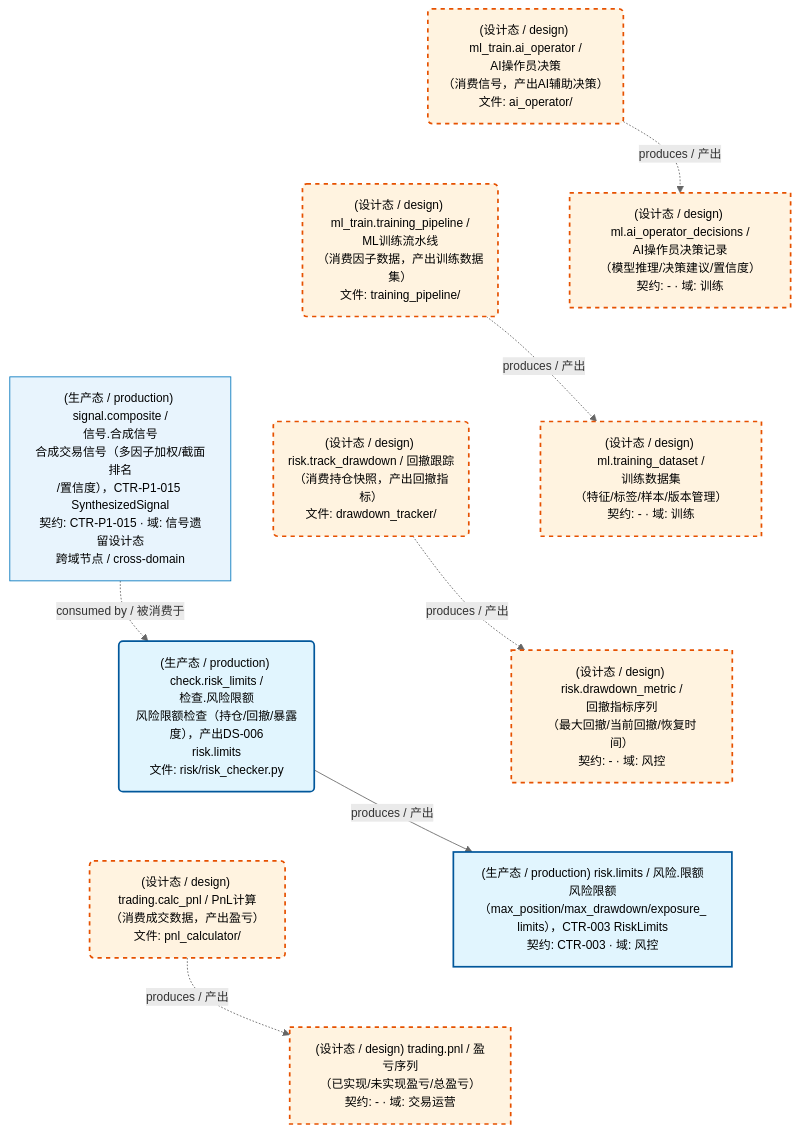
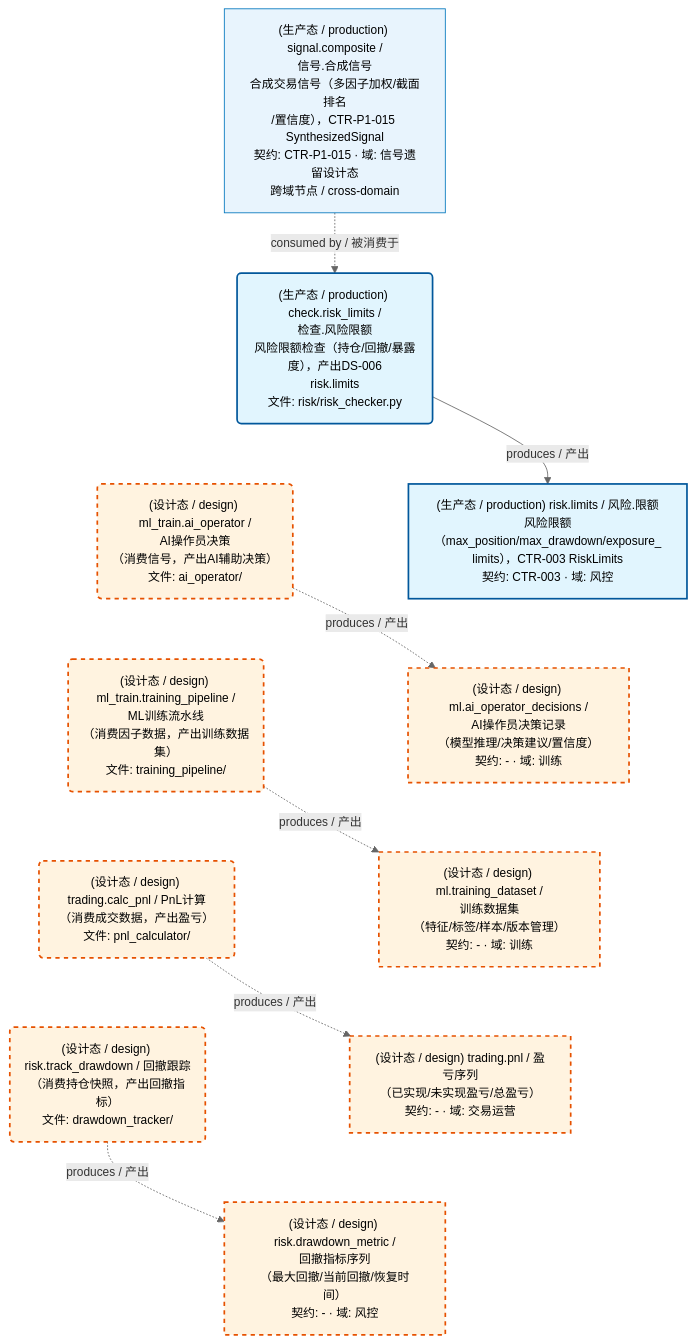
The first of 3 diagrams in docs/02_enterprise_architecture/05_dataflow_architecture/d_others.md (xuanFelixVan/ZephyrAlpha), drawn with Mermaid before and after one commit. The commit also changed other lines of this file and 13 other files, not shown here.

First line of the commit message:
feat(dataflow): dataflow_production.md → dataflow_panorama.md，运营态+设计态全景一张图看完

````diff
--- a/docs/02_enterprise_architecture/05_dataflow_architecture/d_others.md
+++ b/docs/02_enterprise_architecture/05_dataflow_architecture/d_others.md
@@ -50,36 +50,36 @@
 ```mermaid
 %%{init: {'theme': 'base', 'themeVariables': {'primaryColor': '#eaeaea', 'primaryTextColor': '#333333', 'primaryBorderColor': '#666666', 'lineColor': '#666666', 'secondaryColor': '#eaeaea', 'tertiaryColor': '#eaeaea', 'clusterBkg': 'transparent', 'clusterBorder': 'transparent', 'fontSize': '14px'}}}%%
 flowchart TD
     DS11271["(设计态 / design) ml.ai_operator_decisions /<br/>AI操作员决策记录<br/>（模型推理/决策建议/置信度）<br/>契约: - · 域: 训练"]
     DS11272["(设计态 / design) ml.training_dataset /<br/>训练数据集<br/>（特征/标签/样本/版本管理）<br/>契约: - · 域: 训练"]
     DS11273["(设计态 / design) risk.drawdown_metric /<br/>回撤指标序列<br/>（最大回撤/当前回撤/恢复时间）<br/>契约: - · 域: 风控"]
-    DS16828["(生产态 / production) risk.limits / 风险.限额<br/>风险限额（max_position/max_drawdown/exposure_<br/>limits），CTR-003 RiskLimits<br/>契约: CTR-003 · 域: 风控"]
+    DS16904["(生产态 / production) risk.limits / 风险.限额<br/>风险限额（max_position/max_drawdown/exposure_<br/>limits），CTR-003 RiskLimits<br/>契约: CTR-003 · 域: 风控"]
     DS11274["(设计态 / design) trading.pnl / 盈亏序列<br/>（已实现/未实现盈亏/总盈亏）<br/>契约: - · 域: 交易运营"]
-    JOB859260("(生产态 / production) check.risk_limits /<br/>检查.风险限额<br/>风险限额检查（持仓/回撤/暴露度），产出DS-006<br/>risk.limits<br/>文件: risk/risk_checker.py")
+    JOB866027("(生产态 / production) check.risk_limits /<br/>检查.风险限额<br/>风险限额检查（持仓/回撤/暴露度），产出DS-006<br/>risk.limits<br/>文件: risk/risk_checker.py")
     JOB757635("(设计态 / design) ml_train.ai_operator /<br/>AI操作员决策<br/>（消费信号，产出AI辅助决策）<br/>文件: ai_operator/")
     JOB757636("(设计态 / design) ml_train.training_pipeline /<br/>ML训练流水线<br/>（消费因子数据，产出训练数据集）<br/>文件: training_pipeline/")
     JOB757637("(设计态 / design) risk.track_drawdown / 回撤跟踪<br/>（消费持仓快照，产出回撤指标）<br/>文件: drawdown_tracker/")
     JOB757638("(设计态 / design) trading.calc_pnl / PnL计算<br/>（消费成交数据，产出盈亏）<br/>文件: pnl_calculator/")
-    DS16827["(生产态 / production) signal.composite /<br/>信号.合成信号<br/>合成交易信号（多因子加权/截面排名<br/>/置信度），CTR-P1-015 SynthesizedSignal<br/>契约: CTR-P1-015 · 域: 信号遗留设计态<br/>跨域节点 / cross-domain"]
-    JOB859260 -->|produces / 产出| DS16828
+    DS16903["(生产态 / production) signal.composite /<br/>信号.合成信号<br/>合成交易信号（多因子加权/截面排名<br/>/置信度），CTR-P1-015 SynthesizedSignal<br/>契约: CTR-P1-015 · 域: 信号遗留设计态<br/>跨域节点 / cross-domain"]
     JOB757635 -.->|produces / 产出| DS11271
     JOB757636 -.->|produces / 产出| DS11272
     JOB757637 -.->|produces / 产出| DS11273
-    DS16827 -.->|consumed by / 被消费于| JOB859260
     JOB757638 -.->|produces / 产出| DS11274
+    JOB866027 -->|produces / 产出| DS16904
+    DS16903 -.->|consumed by / 被消费于| JOB866027
+    JOB866027 ~~~ JOB757635
     JOB757635 ~~~ JOB757636
-    JOB757636 ~~~ JOB757637
-    JOB757637 ~~~ JOB859260
-    JOB859260 ~~~ JOB757638
+    JOB757636 ~~~ JOB757638
+    JOB757638 ~~~ JOB757637
+    DS16904 ~~~ DS11271
     DS11271 ~~~ DS11272
-    DS11272 ~~~ DS11273
-    DS11273 ~~~ DS16828
-    DS16828 ~~~ DS11274
+    DS11272 ~~~ DS11274
+    DS11274 ~~~ DS11273
     classDef production fill:#e1f5fe,stroke:#01579b,stroke-width:2px,color:#000
     classDef design fill:#fff3e0,stroke:#e65100,stroke-width:2px,color:#000,stroke-dasharray: 5 5
     classDef external_prod fill:#e8f4fd,stroke:#0277bd,stroke-width:1px,color:#000
     classDef external_design fill:#fff8e7,stroke:#ef6c00,stroke-width:1px,color:#000,stroke-dasharray: 5 5
-    class DS16828,JOB859260 production
+    class DS16904,JOB866027 production
     class DS11271,DS11272,DS11273,DS11274,JOB757635,JOB757636,JOB757637,JOB757638 design
-    class DS16827 external_prod
+    class DS16903 external_prod
 ```
````
